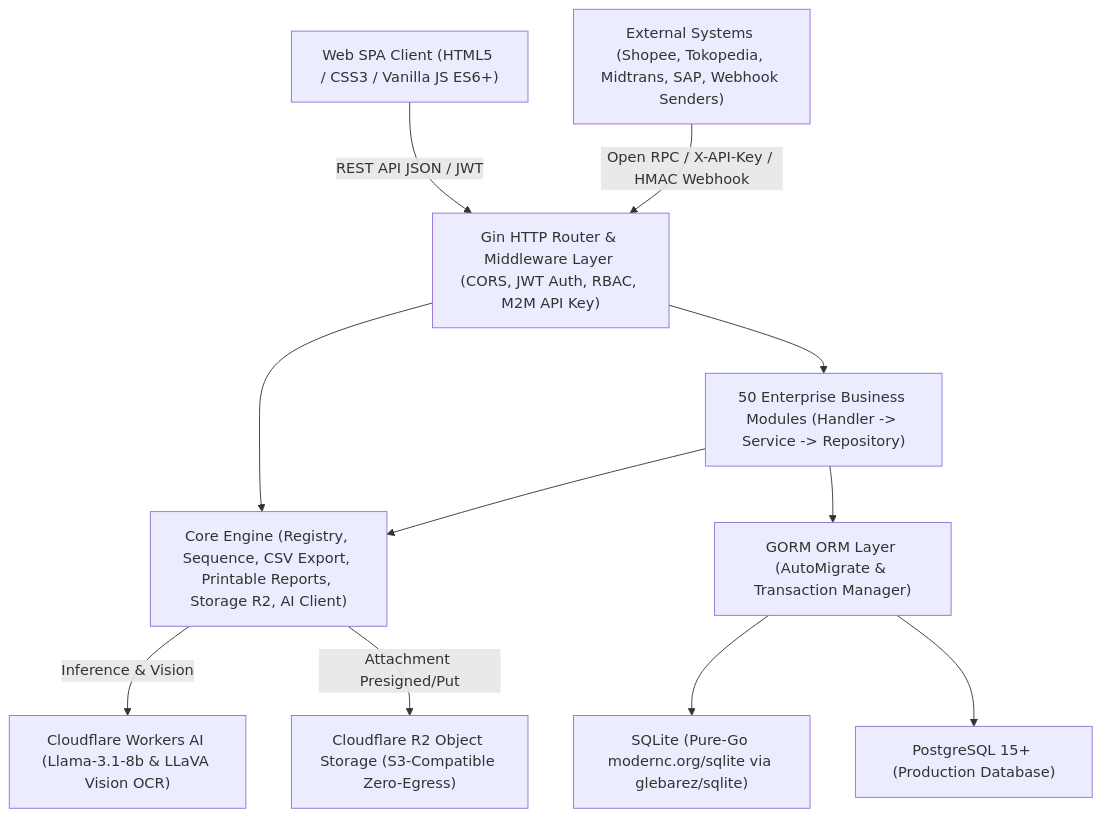
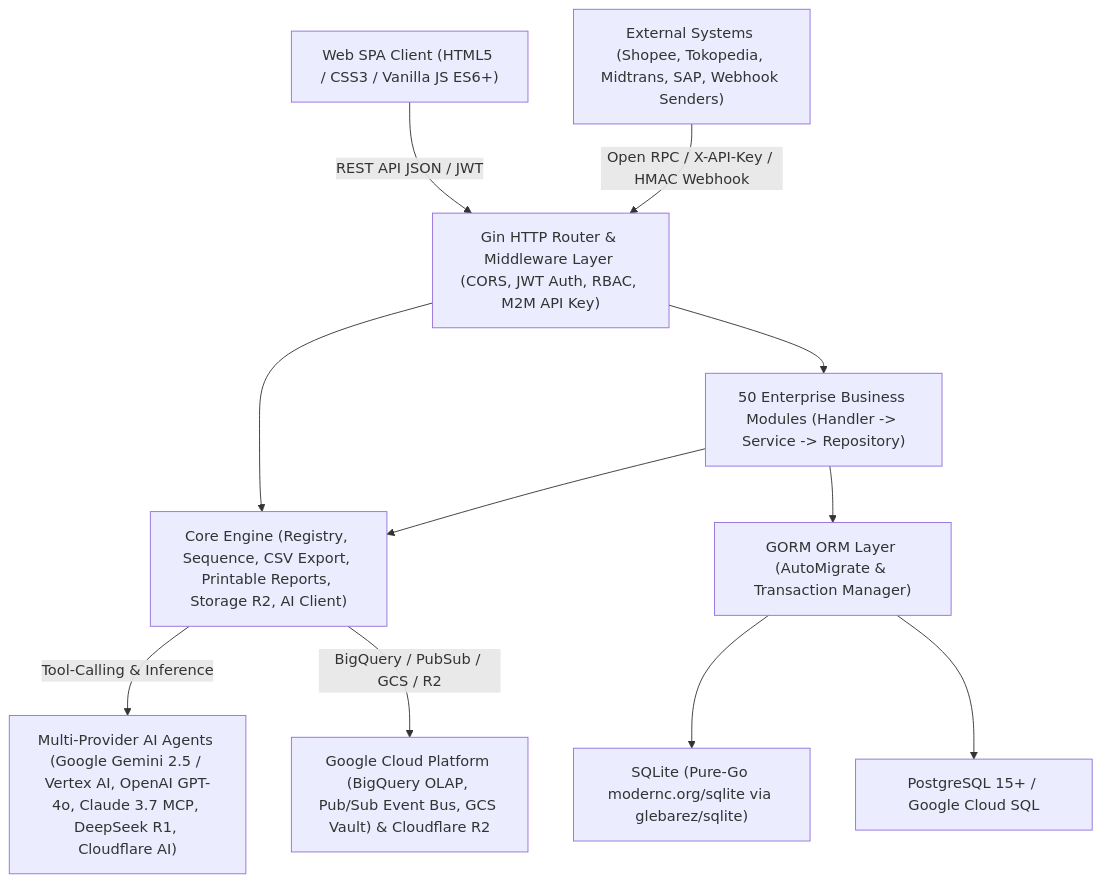
The diagram in docs/TECHNICAL_DOCUMENTATION.md (antonset1104/erp), drawn with Mermaid before and after one commit. The commit also changed other lines of this file and 17 other files, not shown here.

Commit message:
feat(ai,gcp): add Google Cloud Platform ecosystem & multi-provider AI agent integrations and remove AdSense/Analytics tags

````diff
--- a/docs/TECHNICAL_DOCUMENTATION.md
+++ b/docs/TECHNICAL_DOCUMENTATION.md
@@ -7,24 +7,24 @@
 ```mermaid
 flowchart TD
     Client["Web SPA Client (HTML5 / CSS3 / Vanilla JS ES6+)"]
     ExtSys["External Systems (Shopee, Tokopedia, Midtrans, SAP, Webhook Senders)"]
     Router["Gin HTTP Router & Middleware Layer (CORS, JWT Auth, RBAC, M2M API Key)"]
     Core["Core Engine (Registry, Sequence, CSV Export, Printable Reports, Storage R2, AI Client)"]
     Modules["50 Enterprise Business Modules (Handler -> Service -> Repository)"]
     ORM["GORM ORM Layer (AutoMigrate & Transaction Manager)"]
     SQLite["SQLite (Pure-Go modernc.org/sqlite via glebarez/sqlite)"]
-    Postgres["PostgreSQL 15+ (Production Database)"]
-    CF_AI["Cloudflare Workers AI (Llama-3.1-8b & LLaVA Vision OCR)"]
-    CF_R2["Cloudflare R2 Object Storage (S3-Compatible Zero-Egress)"]
+    Postgres["PostgreSQL 15+ / Google Cloud SQL"]
+    AI_Agents["Multi-Provider AI Agents (Google Gemini 2.5 / Vertex AI, OpenAI GPT-4o, Claude 3.7 MCP, DeepSeek R1, Cloudflare AI)"]
+    GCP_Cloud["Google Cloud Platform (BigQuery OLAP, Pub/Sub Event Bus, GCS Vault) & Cloudflare R2"]
 
     Client -->|REST API JSON / JWT| Router
     ExtSys -->|Open RPC / X-API-Key / HMAC Webhook| Router
     Router --> Core
     Router --> Modules
     Modules --> Core
     Modules --> ORM
     ORM --> SQLite
     ORM --> Postgres
-    Core -->|Inference & Vision| CF_AI
-    Core -->|Attachment Presigned/Put| CF_R2
+    Core -->|Tool-Calling & Inference| AI_Agents
+    Core -->|BigQuery / PubSub / GCS / R2| GCP_Cloud
 ```
````
